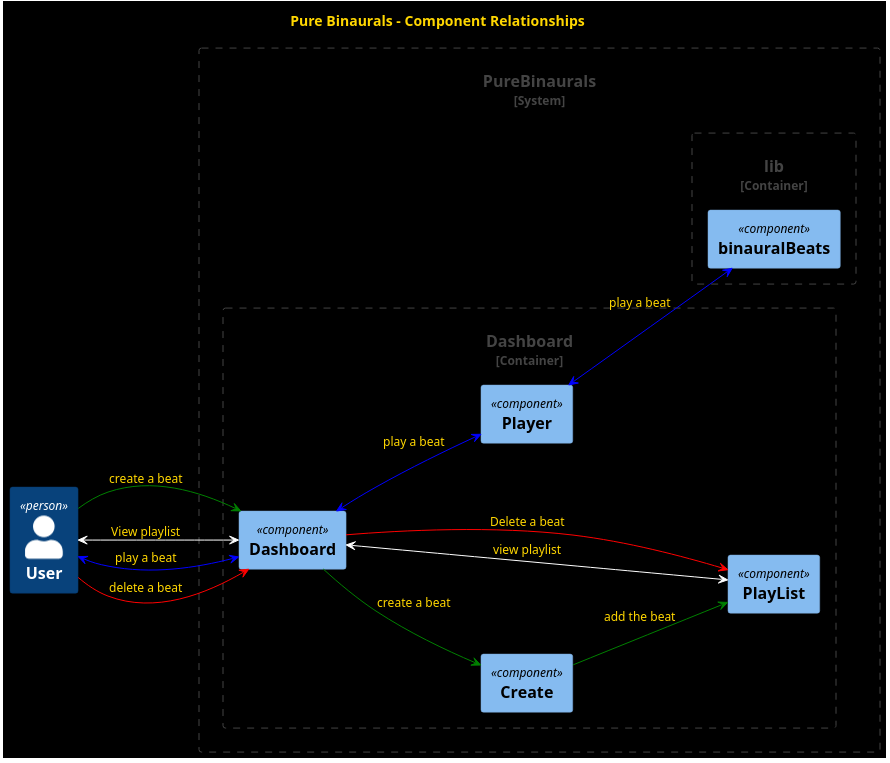
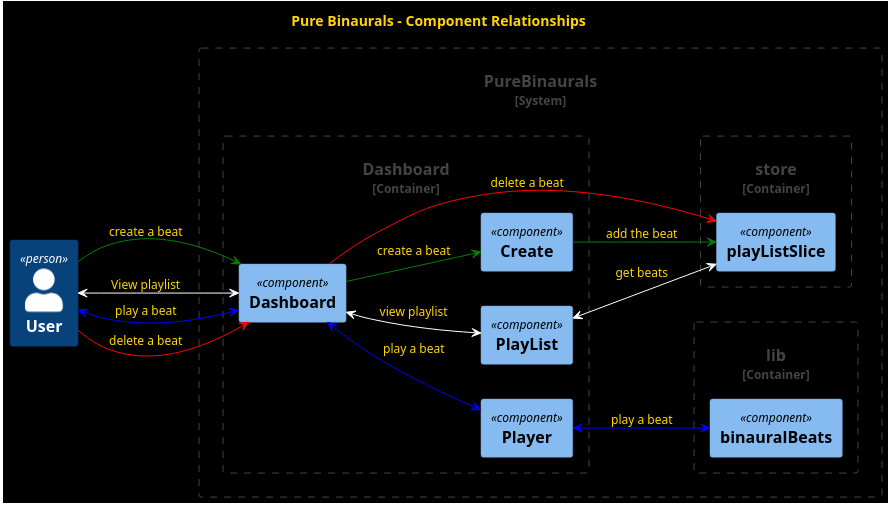
The diagram in planning/componentRelationships.puml (maxamed1st/pureBinaurals), drawn with PlantUML before and after one commit. The commit also changed 1 other file, not shown here.

Commit message:
/planning use store for playlist operations

```diff
--- a/planning/componentRelationships.puml
+++ b/planning/componentRelationships.puml
@@ -1,48 +1,53 @@
 @startuml Pure-Binaurals-Components
 
 title Pure Binaurals - Component Relationships
 
 left to right direction
 
 set separator none
 
 !include <C4/C4>
 !include <C4/C4_Context>
 !include <C4/C4_Component>
 
 skinparam BackgroundColor black
 skinparam DefaultFontColor gold
 
 Person(User, "User")
 System_Boundary(PureBinaurals, "PureBinaurals") {
   Container_Boundary(Dashboard, "Dashboard") {
     Component(Dashboard.Dashboard, "Dashboard")
     Component(Dashboard.Create, "Create")
     Component(Dashboard.PlayList, "PlayList")
     Component(Dashboard.Player, "Player")
   }
 
+  Container_Boundary(store, "store") {
+    Component(store.playListSlice, "playListSlice")
+  }
+
   Container_Boundary(lib, "lib") {
     Component(lib.binauralBeats, "binauralBeats")
   }
 }
 
 'Create and save new beat
 skinparam ArrowColor green
 User --> Dashboard.Dashboard: "create a beat"
 Dashboard.Dashboard --> Dashboard.Create: "create a beat"
-Dashboard.Create --> Dashboard.PlayList: "add the beat"
+Dashboard.Create --> store.playListSlice: "add the beat"
 'view playlist
 skinparam ArrowColor white
 User <--> Dashboard.Dashboard: "View playlist"
 Dashboard.Dashboard <--> Dashboard.PlayList: "view playlist"
+Dashboard.PlayList <--> store.playListSlice: "get beats"
 'Play beat
 skinparam ArrowColor blue
 User <--> Dashboard.Dashboard: "play a beat"
 Dashboard.Dashboard <--> Dashboard.Player: "play a beat"
 Dashboard.Player <--> lib.binauralBeats: "play a beat"
 'delete a beat
 skinparam ArrowColor red
 User --> Dashboard.Dashboard: "delete a beat"
-Dashboard.Dashboard --> Dashboard.PlayList: "Delete a beat"
+Dashboard.Dashboard --> store.playListSlice: "delete a beat"
 @enduml
```
